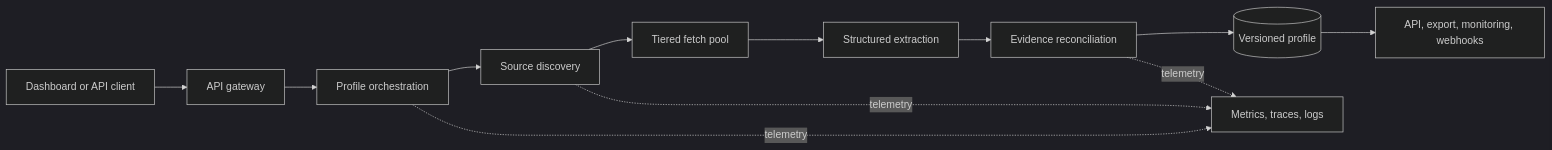
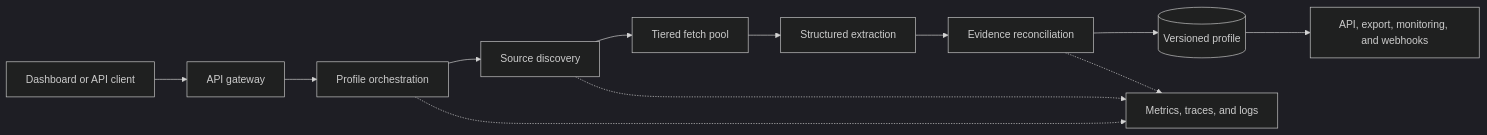
Before and after one commit to aderofrank402-spec/lumen-sieve: the diagram in README.md, drawn with Mermaid (dark theme). The commit also changed 3 other files, not shown here.

Commit message:
docs: fix GitHub Mermaid rendering

````diff
--- a/README.md
+++ b/README.md
@@ -74,14 +74,14 @@
 ```mermaid
-flowchart LR
-    Client[Dashboard or API client] --> Gateway[API gateway]
-    Gateway --> Orchestrator[Profile orchestration]
-    Orchestrator --> Discovery[Source discovery]
-    Discovery --> Fetch[Tiered fetch pool]
-    Fetch --> Extract[Structured extraction]
-    Extract --> Reconcile[Evidence reconciliation]
-    Reconcile --> Profile[(Versioned profile)]
-    Profile --> Delivery[API, export, monitoring, webhooks]
-    Orchestrator -. telemetry .-> Observe[Metrics, traces, logs]
-    Discovery -. telemetry .-> Observe
-    Reconcile -. telemetry .-> Observe
+graph LR
+    client["Dashboard or API client"] --> gateway["API gateway"]
+    gateway --> orchestrator["Profile orchestration"]
+    orchestrator --> discovery["Source discovery"]
+    discovery --> fetch["Tiered fetch pool"]
+    fetch --> extract["Structured extraction"]
+    extract --> reconcile["Evidence reconciliation"]
+    reconcile --> profile[("Versioned profile")]
+    profile --> delivery["API, export, monitoring, and webhooks"]
+    orchestrator -.-> observe["Metrics, traces, and logs"]
+    discovery -.-> observe
+    reconcile -.-> observe
 ```
````
